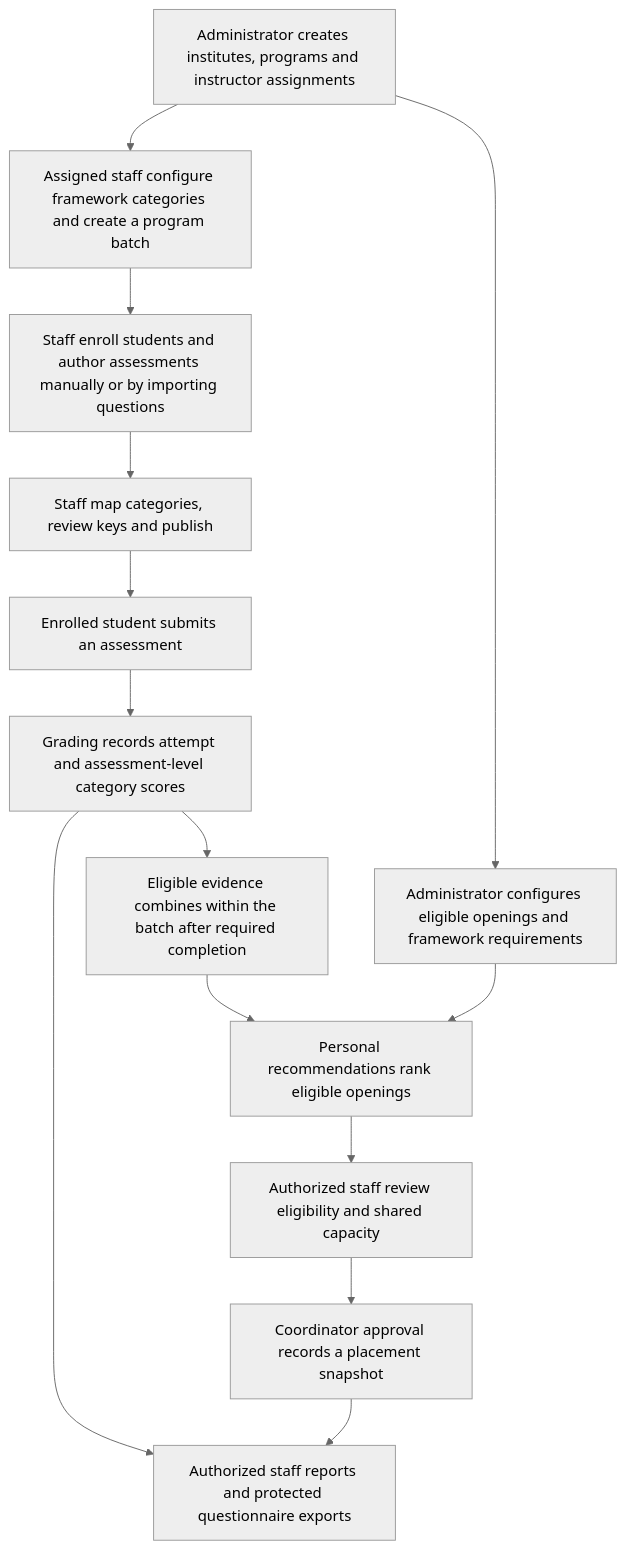
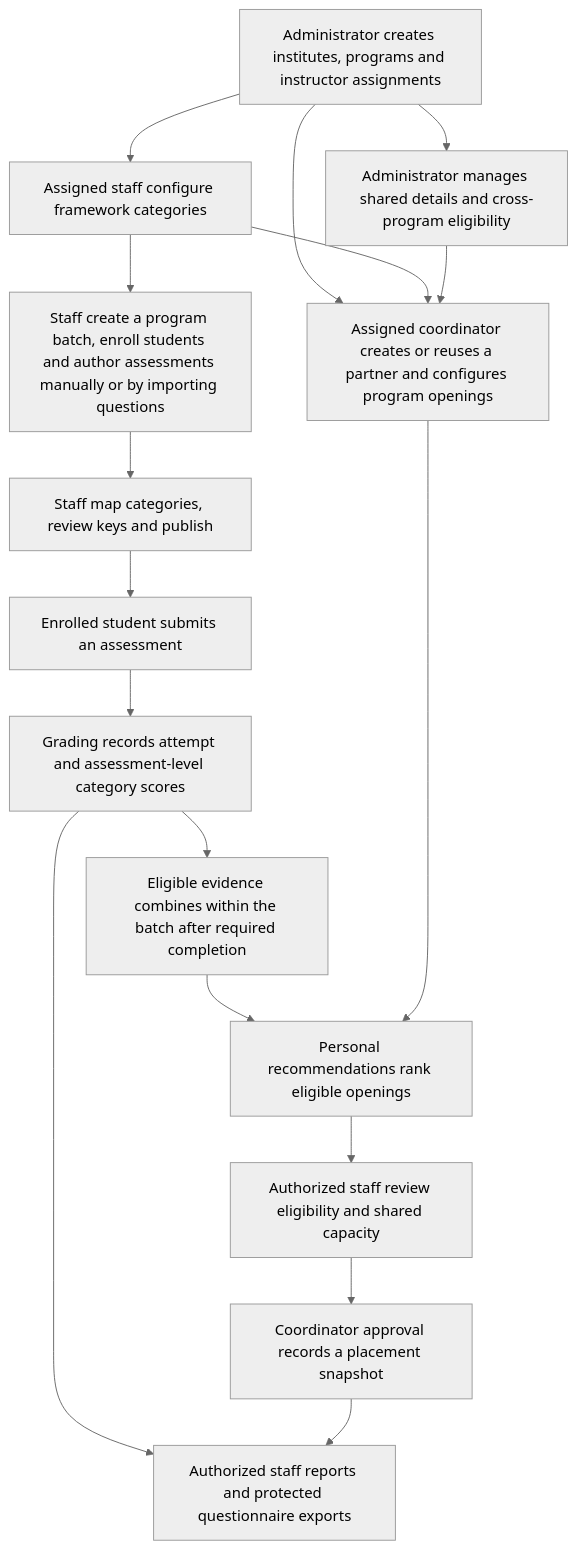
Before and after one commit to Zel-jpeg/SkillBridge: the first of 3 diagrams in refs/SkillBridge_DataFlowDiagram.md, drawn with Mermaid (neutral theme). The commit also changed other lines of this file and 16 other files, not shown here.

Commit message:
Complete coordinator catalog acceptance and enforce opening eligibility

````diff
--- a/refs/SkillBridge_DataFlowDiagram.md
+++ b/refs/SkillBridge_DataFlowDiagram.md
@@ -8,16 +8,19 @@
 ```mermaid
 flowchart TD
-    A["Administrator creates institutes, programs and instructor assignments"] --> B["Assigned staff configure framework categories and create a program batch"]
-    B --> C["Staff enroll students and author assessments manually or by importing questions"]
+    A["Administrator creates institutes, programs and instructor assignments"] --> B["Assigned staff configure framework categories"]
+    B --> C["Staff create a program batch, enroll students and author assessments manually or by importing questions"]
     C --> D["Staff map categories, review keys and publish"]
     D --> E["Enrolled student submits an assessment"]
     E --> F["Grading records attempt and assessment-level category scores"]
     F --> G["Eligible evidence combines within the batch after required completion"]
-    A --> H["Administrator configures eligible openings and framework requirements"]
+    A --> H["Assigned coordinator creates or reuses a partner and configures program openings"]
+    B --> H
+    A --> M["Administrator manages shared details and cross-program eligibility"]
+    M --> H
     G --> I["Personal recommendations rank eligible openings"]
     H --> I
     I --> J["Authorized staff review eligibility and shared capacity"]
     J --> K["Coordinator approval records a placement snapshot"]
     F --> L["Authorized staff reports and protected questionnaire exports"]
     K --> L
 ```
````
